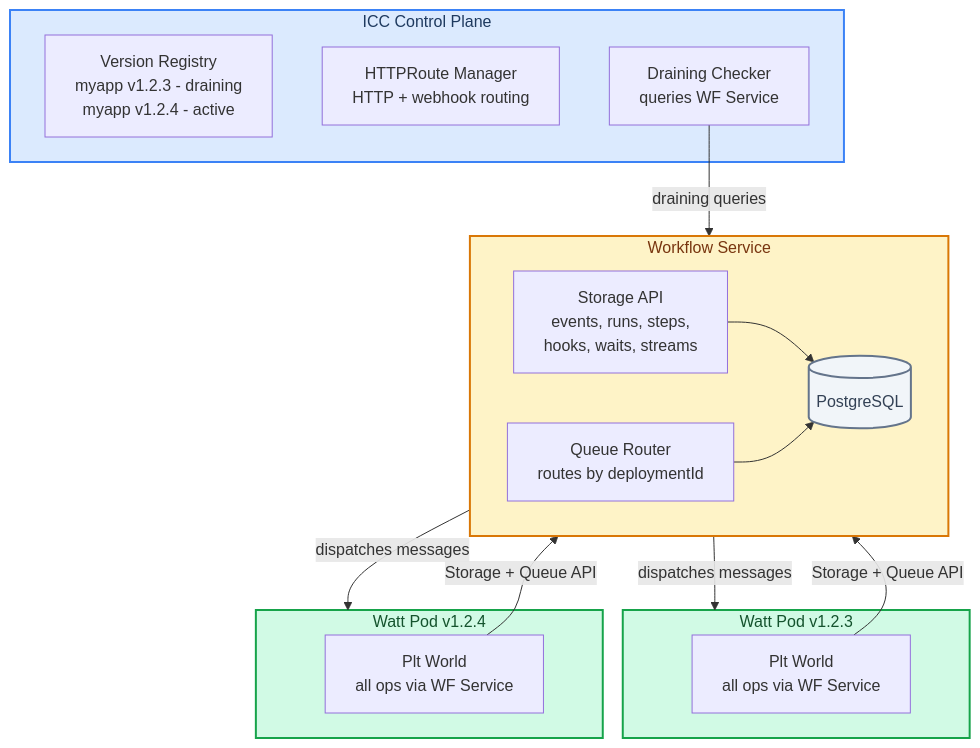
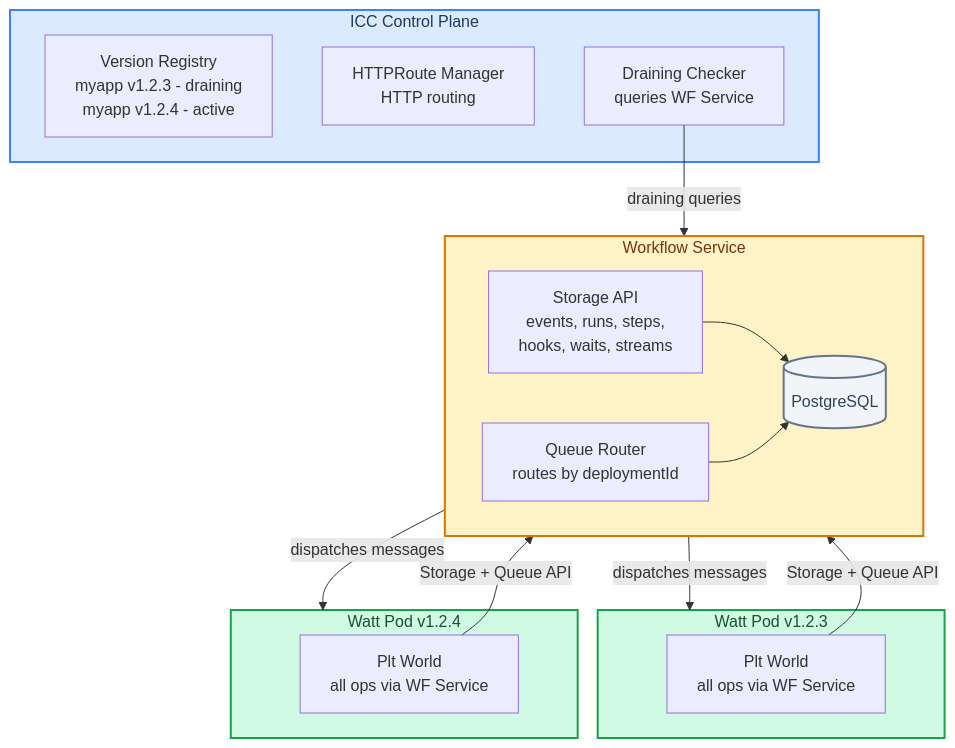
The first of 5 diagrams in PLATFORMATIC-WORLD-DESIGN.md (platformatic/platformatic-world), drawn with Mermaid before and after one commit. The commit also changed other lines of this file, not shown here.

````diff
--- a/PLATFORMATIC-WORLD-DESIGN.md
+++ b/PLATFORMATIC-WORLD-DESIGN.md
@@ -79,46 +79,46 @@
 ```mermaid
 graph TB
     subgraph ICC["ICC Control Plane"]
         VR["Version Registry
         myapp v1.2.3 - draining
         myapp v1.2.4 - active"]
         HR["HTTPRoute Manager
-        HTTP + webhook routing"]
+        HTTP routing"]
         DC["Draining Checker
         queries WF Service"]
     end
 
     subgraph WFS["Workflow Service"]
         direction LR
         SA["Storage API
         events, runs, steps,
         hooks, waits, streams"]
         QR["Queue Router
         routes by deploymentId"]
         PG[("PostgreSQL")]
         SA --> PG
         QR --> PG
     end
 
     subgraph Pod1["Watt Pod v1.2.3"]
         PW1["Plt World
         all ops via WF Service"]
     end
 
     subgraph Pod2["Watt Pod v1.2.4"]
         PW2["Plt World
         all ops via WF Service"]
     end
 
     DC -->|"draining queries"| WFS
     PW1 -->|"Storage + Queue API"| WFS
     PW2 -->|"Storage + Queue API"| WFS
     WFS -->|"dispatches messages"| Pod1
     WFS -->|"dispatches messages"| Pod2
 
     style ICC fill:#dbeafe,stroke:#3b82f6,stroke-width:2px,color:#1e3a5f
     style WFS fill:#fef3c7,stroke:#d97706,stroke-width:2px,color:#78350f
     style Pod1 fill:#d1fae5,stroke:#16a34a,stroke-width:2px,color:#14532d
     style Pod2 fill:#d1fae5,stroke:#16a34a,stroke-width:2px,color:#14532d
     style PG fill:#f1f5f9,stroke:#64748b,stroke-width:2px,color:#334155
 ```
````
